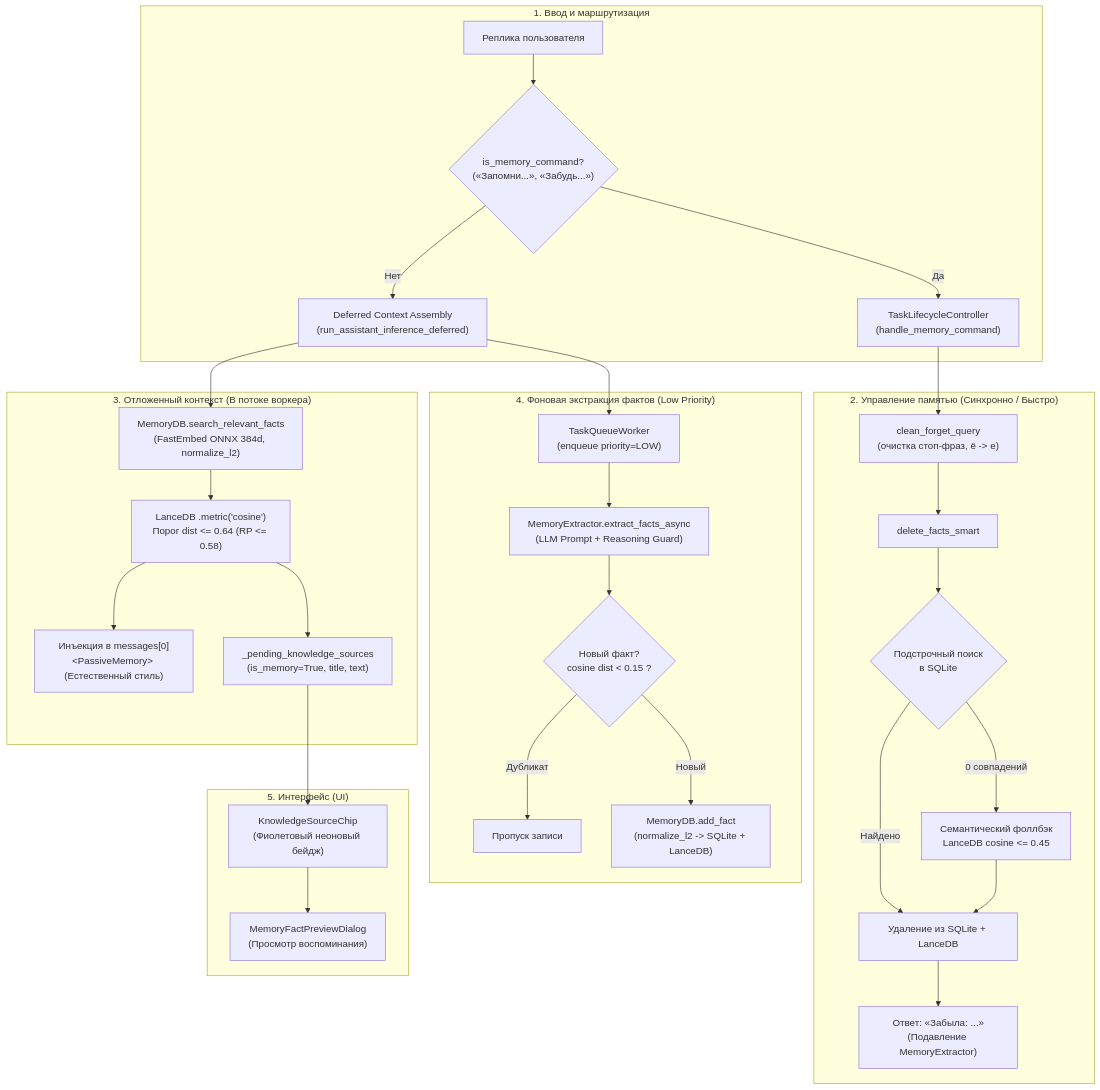
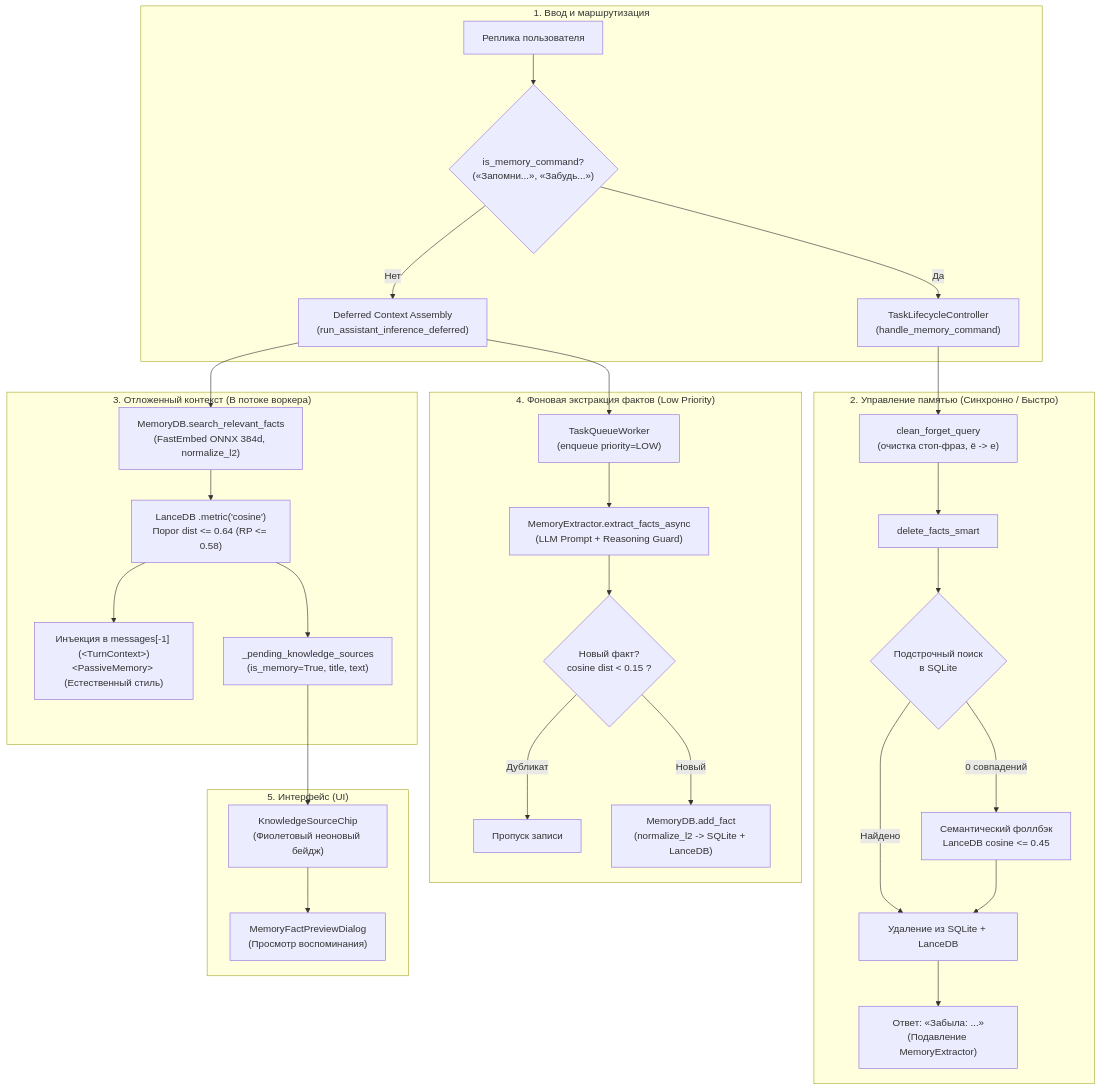
One commit to ZabotaOblizkih/NeonRoute changed the eighth of 11 diagrams in ARCHITECTURE.md. Above: the diagram before and after it, drawn with Mermaid. The commit also changed other lines of this file, not shown here.

Commit message:
docs(architecture): add system invariants, clean legacy ADR tags and compact test section

````diff
--- a/ARCHITECTURE.md
+++ b/ARCHITECTURE.md
@@ -1292,38 +1250,38 @@
 ```mermaid
 flowchart TD
     subgraph Capture["1. Ввод и маршрутизация"]
         UserMsg["Реплика пользователя"] --> CmdCheck{"is_memory_command?<br>(«Запомни...», «Забудь...»)"}
         CmdCheck -- "Да" --> TaskLife["TaskLifecycleController<br>(handle_memory_command)"]
         CmdCheck -- "Нет" --> DeferRAG["Deferred Context Assembly<br>(run_assistant_inference_deferred)"]
     end
 
     subgraph MemoryMgmt["2. Управление памятью (Синхронно / Быстро)"]
         TaskLife --> CleanQ["clean_forget_query<br>(очистка стоп-фраз, ё -> е)"]
         CleanQ --> SmartDel["delete_facts_smart"]
         SmartDel --> SubMatch{"Подстрочный поиск<br>в SQLite"}
         SubMatch -- "Найдено" --> ExecDel["Удаление из SQLite + LanceDB"]
         SubMatch -- "0 совпадений" --> LanceFallback["Семантический фоллбэк<br>LanceDB cosine <= 0.45"]
         LanceFallback --> ExecDel
         ExecDel --> SystemResp["Ответ: «Забыла: ...»<br>(Подавление MemoryExtractor)"]
     end
 
     subgraph DeferredPipeline["3. Отложенный контекст (В потоке воркера)"]
         DeferRAG --> MemSearch["MemoryDB.search_relevant_facts<br>(FastEmbed ONNX 384d, normalize_l2)"]
         MemSearch --> LanceCosine["LanceDB .metric('cosine')<br>Порог dist <= 0.64 (RP <= 0.58)"]
-        LanceCosine --> PromptInj["Инъекция в messages[0]<br>&lt;PassiveMemory&gt; (Естественный стиль)"]
+        LanceCosine --> PromptInj["Инъекция в messages[-1] (&lt;TurnContext&gt;)<br>&lt;PassiveMemory&gt; (Естественный стиль)"]
         LanceCosine --> ChipMeta["_pending_knowledge_sources<br>(is_memory=True, title, text)"]
     end
 
     subgraph AsyncExtractor["4. Фоновая экстракция фактов (Low Priority)"]
         DeferRAG --> TQ["TaskQueueWorker<br>(enqueue priority=LOW)"]
         TQ --> Extractor["MemoryExtractor.extract_facts_async<br>(LLM Prompt + Reasoning Guard)"]
         Extractor --> FactFilter{"Новый факт?<br>cosine dist < 0.15 ?"}
         FactFilter -- "Дубликат" --> Skip["Пропуск записи"]
         FactFilter -- "Новый" --> AddFact["MemoryDB.add_fact<br>(normalize_l2 -> SQLite + LanceDB)"]
     end
 
     subgraph ChatUI["5. Интерфейс (UI)"]
         ChipMeta --> PurpleChip["KnowledgeSourceChip<br>(Фиолетовый неоновый бейдж)"]
         PurpleChip --> FactDialog["MemoryFactPreviewDialog<br>(Просмотр воспоминания)"]
     end
 ```
````
